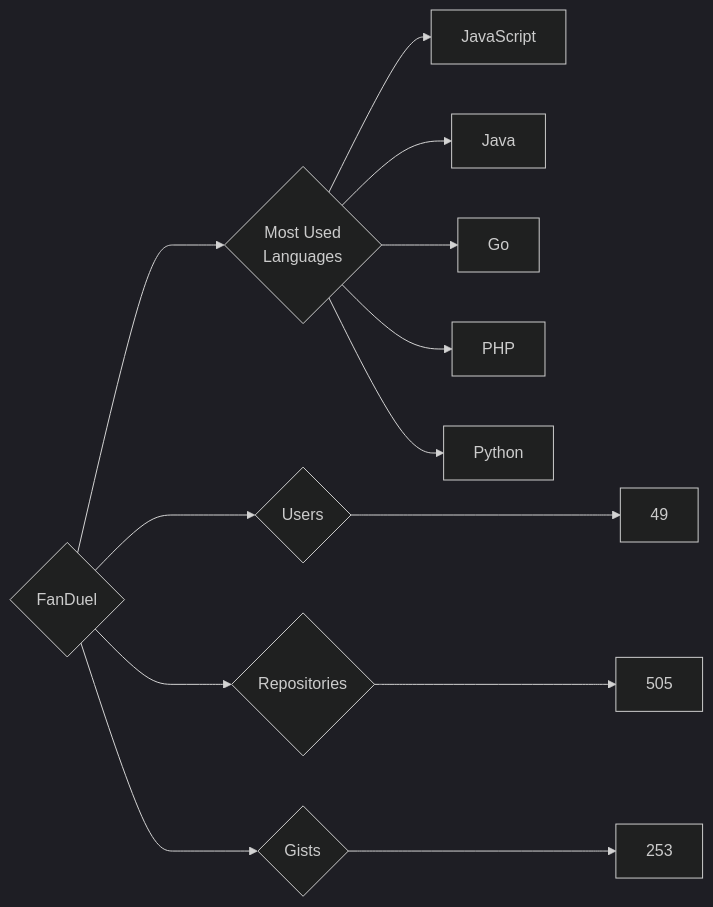
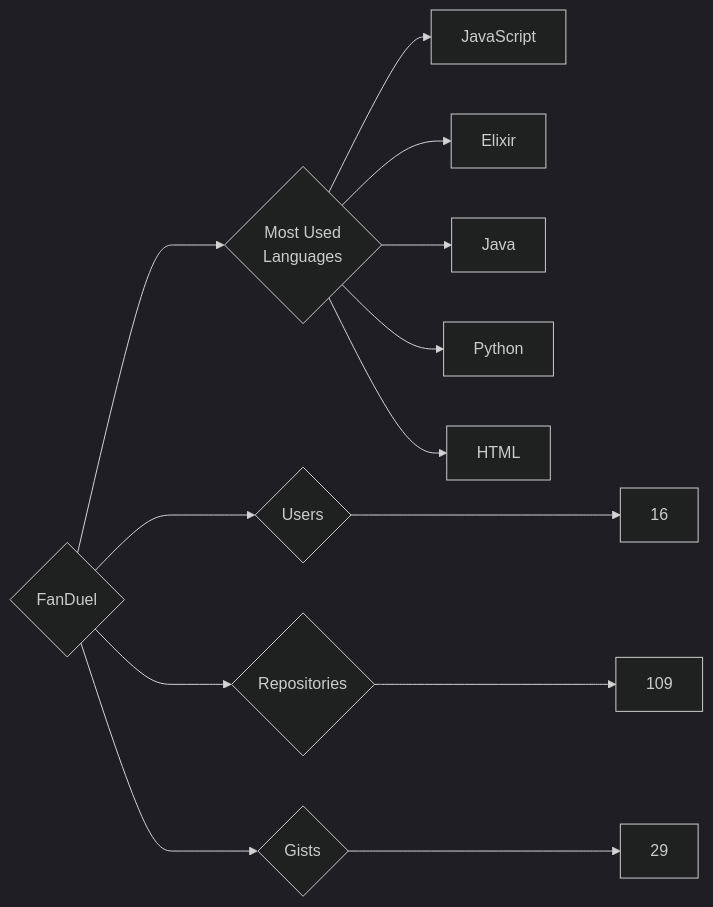
One commit to trickest/insiders changed the diagram in targets/FanDuel/README.md. Above: the diagram before and after it, drawn with Mermaid (dark theme). The commit also changed 676 other files, not shown here.

````diff
--- a/targets/FanDuel/README.md
+++ b/targets/FanDuel/README.md
@@ -3,13 +3,13 @@
 ```mermaid
 graph LR
 COMPANY_NAME{FanDuel}
-COMPANY_NAME ---> U{Users} ---> UN[49]
-COMPANY_NAME ---> R{Repositories} ---> RN[505]
-COMPANY_NAME ---> G{Gists} ---> GN[253]
+COMPANY_NAME ---> U{Users} ---> UN[16]
+COMPANY_NAME ---> R{Repositories} ---> RN[109]
+COMPANY_NAME ---> G{Gists} ---> GN[29]
 COMPANY_NAME ---> ML{Most Used<br>Languages}
 ML --> JavaScript[JavaScript]
+ML --> Elixir[Elixir]
 ML --> Java[Java]
-ML --> Go[Go]
-ML --> PHP[PHP]
 ML --> Python[Python]
+ML --> HTML[HTML]
 ```
````
